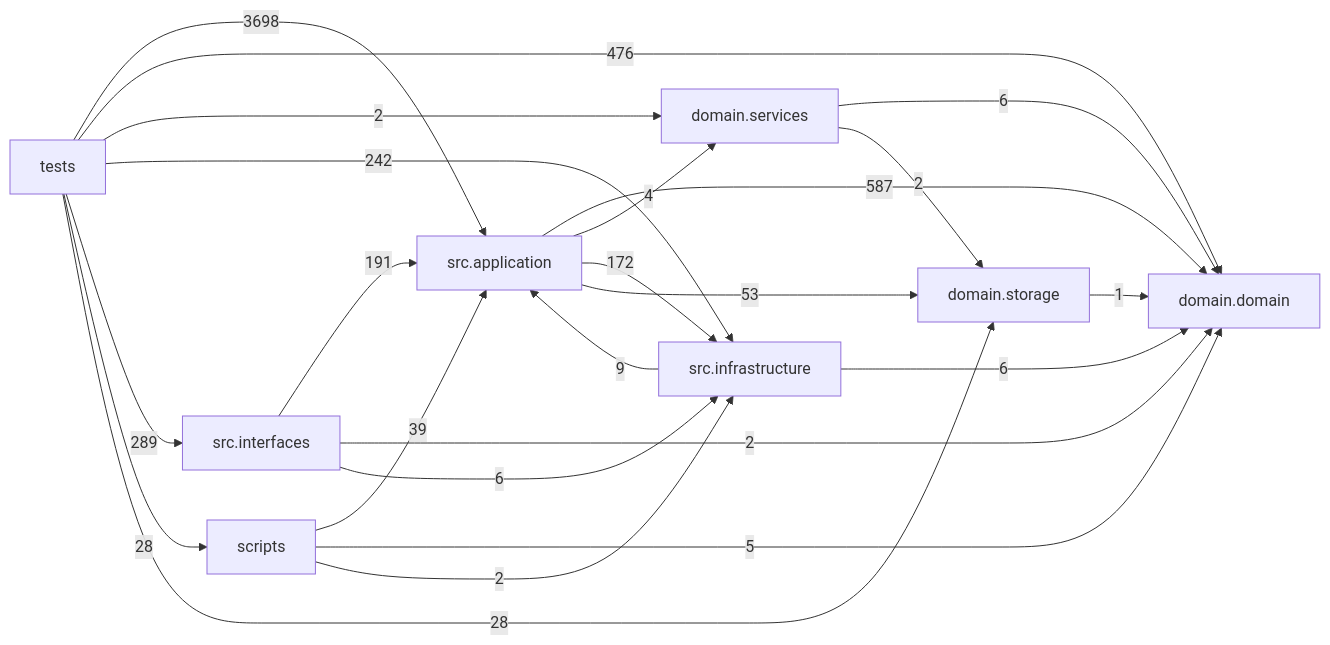
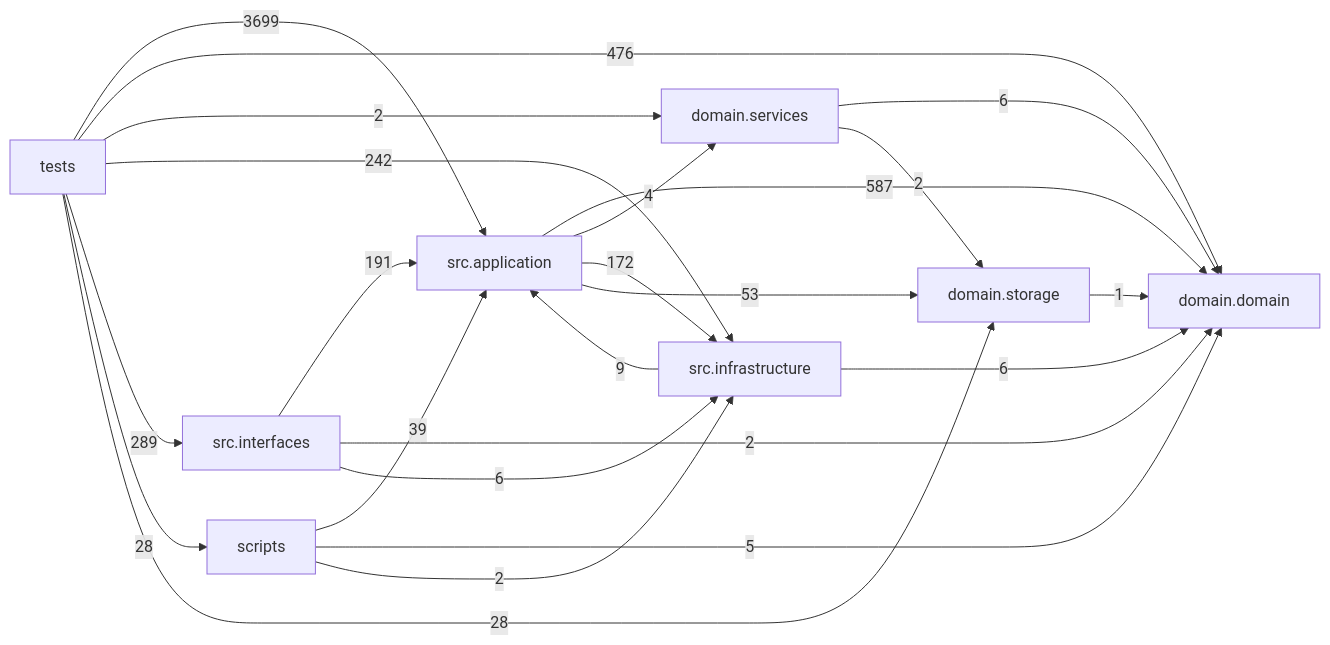
One commit to liuxie066/options-monitor changed the diagram in docs/DEPENDENCY_GRAPH.md. Above: the diagram before and after it, drawn with Mermaid. The commit also changed other lines of this file and 5 other files, not shown here.

````diff
--- a/docs/DEPENDENCY_GRAPH.md
+++ b/docs/DEPENDENCY_GRAPH.md
@@ -24,33 +24,33 @@
 ```mermaid
 flowchart LR
   tests["tests"]
   scripts["scripts"]
   interfaces["src.interfaces"]
   application["src.application"]
   infrastructure["src.infrastructure"]
   domain_services["domain.services"]
   domain["domain.domain"]
   storage["domain.storage"]
   application -->|587| domain
   application -->|4| domain_services
   application -->|172| infrastructure
   application -->|53| storage
   domain_services -->|6| domain
   domain_services -->|2| storage
   infrastructure -->|9| application
   infrastructure -->|6| domain
   interfaces -->|191| application
   interfaces -->|2| domain
   interfaces -->|6| infrastructure
   scripts -->|39| application
   scripts -->|5| domain
   scripts -->|2| infrastructure
   storage -->|1| domain
-  tests -->|3698| application
+  tests -->|3699| application
   tests -->|476| domain
   tests -->|2| domain_services
   tests -->|242| infrastructure
   tests -->|289| interfaces
   tests -->|28| scripts
   tests -->|28| storage
 ```
````
